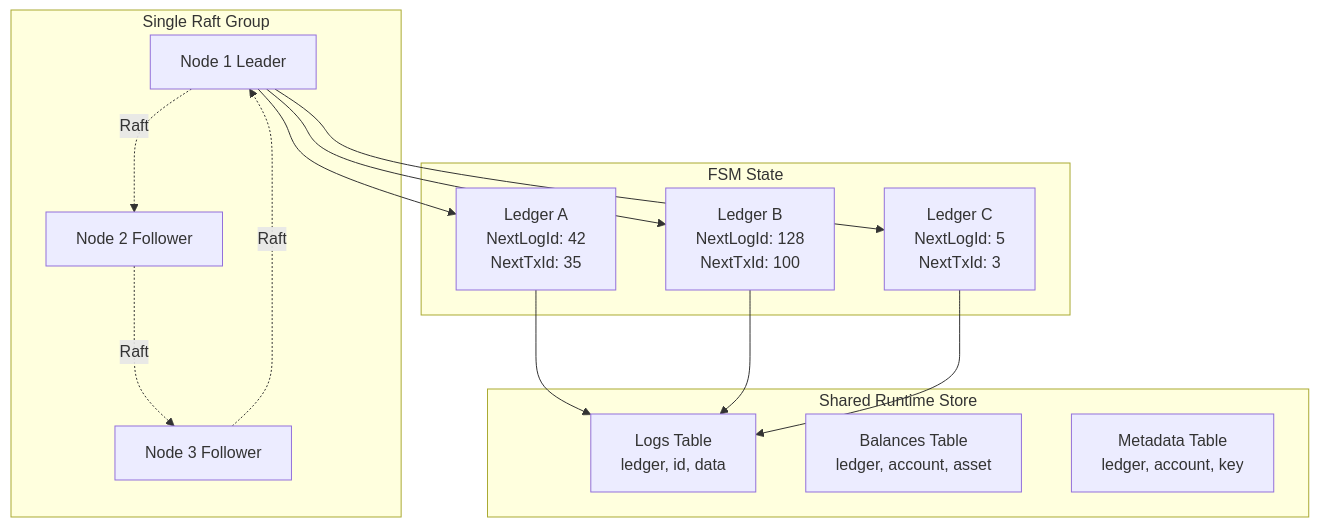
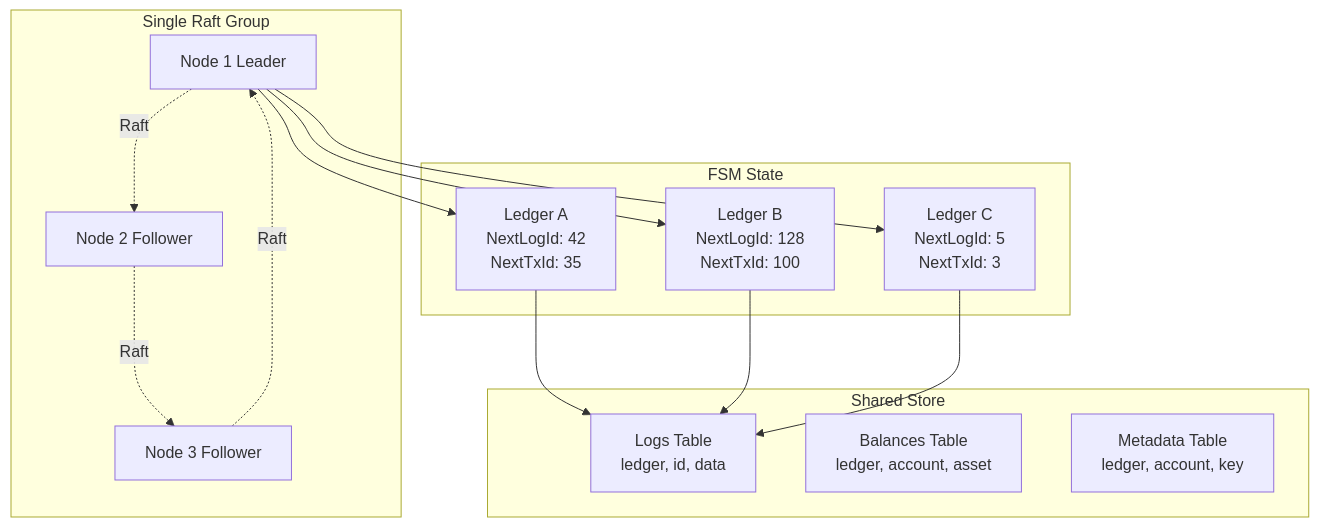
One commit to formancehq/ledger changed the first of 4 diagrams in docs/buckets-ledgers.md. Above: the diagram before and after it, drawn with Mermaid. The commit also changed other lines of this file and 31 other files, not shown here.

````diff
--- a/docs/buckets-ledgers.md
+++ b/docs/buckets-ledgers.md
@@ -9,32 +9,32 @@
 ```mermaid
 graph TB
     subgraph "Single Raft Group"
         N1[Node 1 Leader]
         N2[Node 2 Follower]
         N3[Node 3 Follower]
     end
     
     subgraph "FSM State"
         LedgerA[Ledger A<br/>NextLogId: 42<br/>NextTxId: 35]
         LedgerB[Ledger B<br/>NextLogId: 128<br/>NextTxId: 100]
         LedgerC[Ledger C<br/>NextLogId: 5<br/>NextTxId: 3]
     end
     
-    subgraph "Shared Runtime Store"
+    subgraph "Shared Store"
         Logs[Logs Table<br/>ledger, id, data]
         Balances[Balances Table<br/>ledger, account, asset]
         Metadata[Metadata Table<br/>ledger, account, key]
     end
     
     N1 -.Raft.-> N2
     N2 -.Raft.-> N3
     N3 -.Raft.-> N1
     
     N1 --> LedgerA
     N1 --> LedgerB
     N1 --> LedgerC
     
     LedgerA --> Logs
     LedgerB --> Logs
     LedgerC --> Logs
 ```
````
